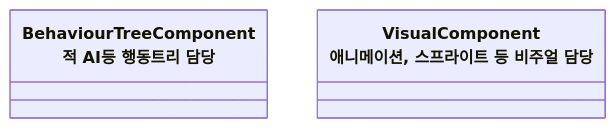
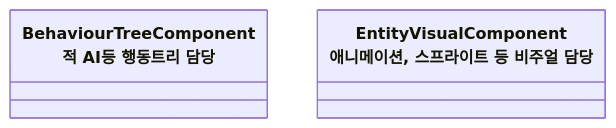
One commit to JIN5EOK/DungeonShooter changed the fourth of 6 diagrams in README/Entity_설계.md. Above: the diagram before and after it, drawn with Mermaid. The commit also changed other lines of this file and 6 other files, not shown here.

````diff
--- a/README/Entity_설계.md
+++ b/README/Entity_설계.md
@@ -40,5 +62,5 @@
 ```mermaid
 classDiagram
     class BehaviourTreeComponent["BehaviourTreeComponent<br>적 AI등 행동트리 담당"]{ }
-    class VisualComponent["VisualComponent<br>애니메이션, 스프라이트 등 비주얼 담당"]
+    class EntityVisualComponent["EntityVisualComponent<br>애니메이션, 스프라이트 등 비주얼 담당"]
 ```
````
